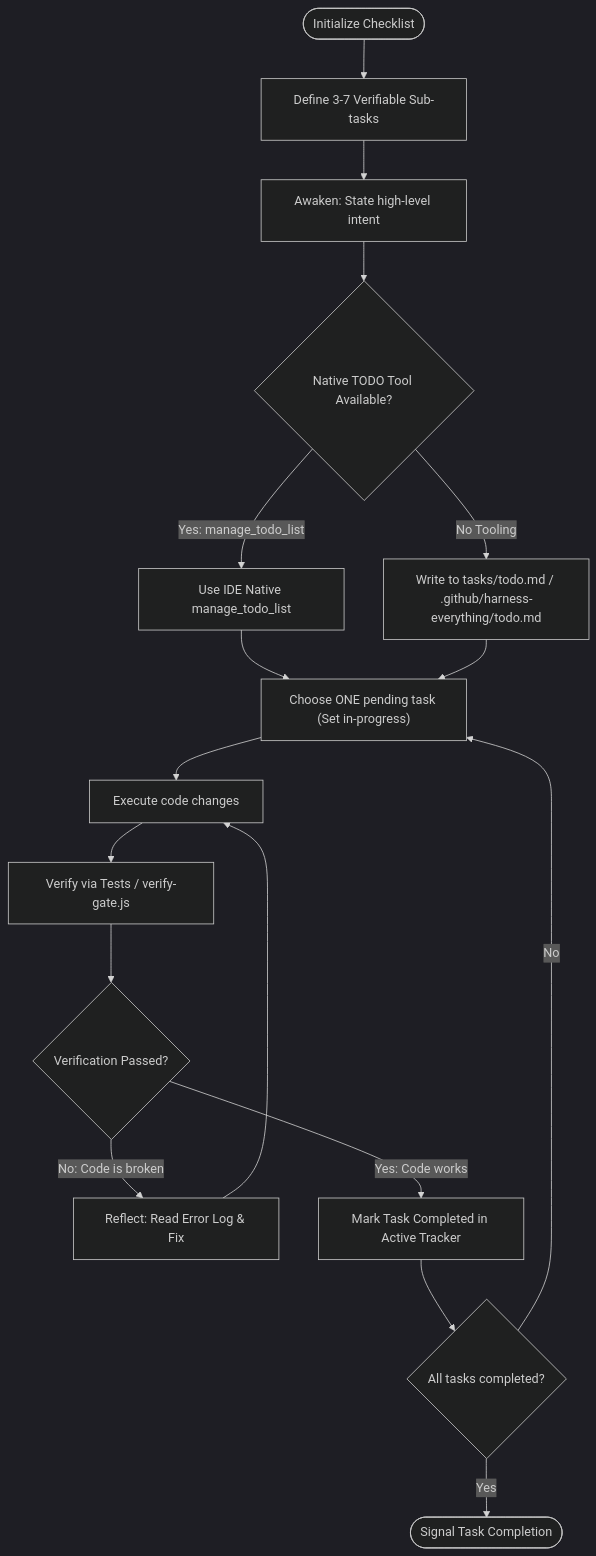
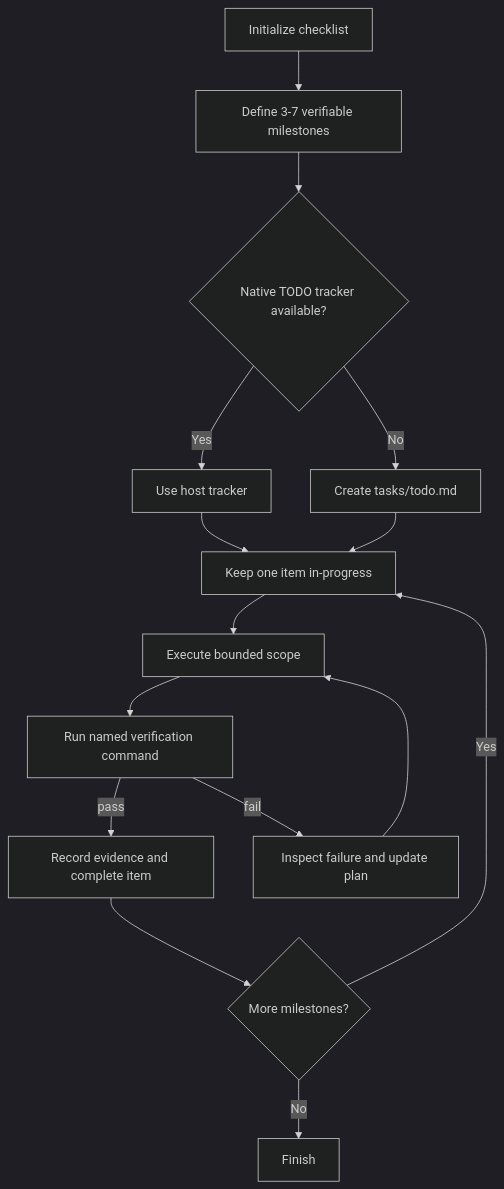
Before and after one commit to dyphn1/Harness-everything: the diagram in docs/workflows/todo-driven-workflow.md, drawn with Mermaid (dark theme). The commit also changed other lines of this file and 47 other files, not shown here.

````diff
--- a/docs/workflows/todo-driven-workflow.md
+++ b/docs/workflows/todo-driven-workflow.md
@@ -11,26 +6,17 @@
 ```mermaid
 graph TD
-  Start([Initialize Checklist]) --> Plan["Define 3-7 Verifiable Sub-tasks"]
-  Plan --> StateIntent["Awaken: State high-level intent"]
-  StateIntent --> CheckTool{Native TODO Tool Available?}
-  
-  CheckTool -->|Yes: manage_todo_list| NativeTracker["Use IDE Native manage_todo_list"]
-  CheckTool -->|No Tooling| FileTracker["Write to tasks/todo.md / .github/harness-everything/todo.md"]
-  
-  NativeTracker --> ChooseTask["Choose ONE pending task (Set in-progress)"]
-  FileTracker --> ChooseTask
-  
-  ChooseTask --> Execute["Execute code changes"]
-  
-  Execute --> GatherEvidence["Verify via Tests / verify-gate.js"]
-  GatherEvidence --> VerifySuccess{Verification Passed?}
-  
-  VerifySuccess -->|No: Code is broken| ReflectCode["Reflect: Read Error Log & Fix"]
-  ReflectCode --> Execute
-  
-  VerifySuccess -->|Yes: Code works| MarkCompleted["Mark Task Completed in Active Tracker"]
-  
-  MarkCompleted --> CheckRemaining{All tasks completed?}
-  CheckRemaining -->|No| ChooseTask
-  CheckRemaining -->|Yes| Finish([Signal Task Completion])
+  Start[Initialize checklist] --> Plan[Define 3-7 verifiable milestones]
+  Plan --> Native{Native TODO tracker available?}
+  Native -->|Yes| Host[Use host tracker]
+  Native -->|No| Markdown[Create tasks/todo.md]
+  Host --> One[Keep one item in-progress]
+  Markdown --> One
+  One --> Execute[Execute bounded scope]
+  Execute --> Verify[Run named verification command]
+  Verify -->|pass| Complete[Record evidence and complete item]
+  Verify -->|fail| Reflect[Inspect failure and update plan]
+  Reflect --> Execute
+  Complete --> More{More milestones?}
+  More -->|Yes| One
+  More -->|No| Done[Finish]
 ```
````
